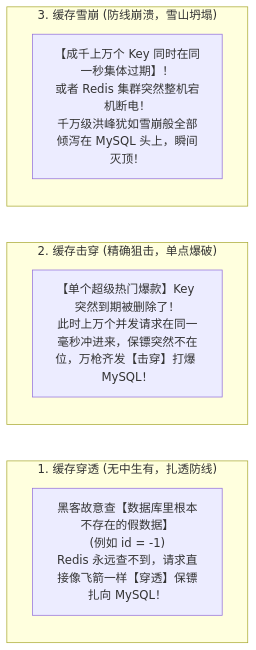
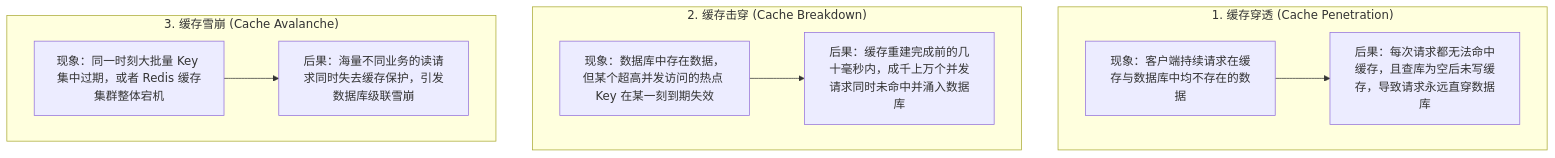
The first of 4 diagrams in 20-Java后端/05-数据库与存储/07-缓存穿透-击穿-雪崩.md (GuoWWWX/knowledge-base), drawn with Mermaid before and after one commit. The commit also changed other lines of this file and 251 other files, not shown here.

````diff
--- a/20-Java后端/05-数据库与存储/07-缓存穿透-击穿-雪崩.md
+++ b/20-Java后端/05-数据库与存储/07-缓存穿透-击穿-雪崩.md
@@ -32,14 +26,14 @@
 ```mermaid
-flowchart LR
-    subgraph D1["1. 缓存穿透 (无中生有，扎透防线)"]
-        P1["黑客故意查【数据库里根本不存在的假数据】<br/>(例如 id = -1)<br/>Redis 永远查不到，请求直接像飞箭一样【穿透】保镖扎向 MySQL！"]
+flowchart TD
+    subgraph D1["1. 缓存穿透 (Cache Penetration)"]
+        P1_1["现象：客户端持续请求在缓存与数据库中均不存在的数据"] --> P1_2["后果：每次请求都无法命中缓存，且查库为空后未写缓存，导致请求永远直穿数据库"]
     end
 
-    subgraph D2["2. 缓存击穿 (精确狙击，单点爆破)"]
-        P2["【单个超级热门爆款】Key 突然到期被删除了！<br/>此时上万个并发请求在同一毫秒冲进来，保镖突然不在位，万枪齐发【击穿】打爆 MySQL！"]
+    subgraph D2["2. 缓存击穿 (Cache Breakdown)"]
+        P2_1["现象：数据库中存在数据，但某个超高并发访问的热点 Key 在某一刻到期失效"] --> P2_2["后果：缓存重建完成前的几十毫秒内，成千上万个并发请求同时未命中并涌入数据库"]
     end
 
-    subgraph D3["3. 缓存雪崩 (防线崩溃，雪山坍塌)"]
-        P3["【成千上万个 Key 同时在同一秒集体过期】！<br/>或者 Redis 集群突然整机宕机断电！<br/>千万级洪峰犹如雪崩般全部倾泻在 MySQL 头上，瞬间灭顶！"]
+    subgraph D3["3. 缓存雪崩 (Cache Avalanche)"]
+        P3_1["现象：同一时刻大批量 Key 集中过期，或者 Redis 缓存集群整体宕机"] --> P3_2["后果：海量不同业务的读请求同时失去缓存保护，引发数据库级联雪崩"]
     end
 ```
````
